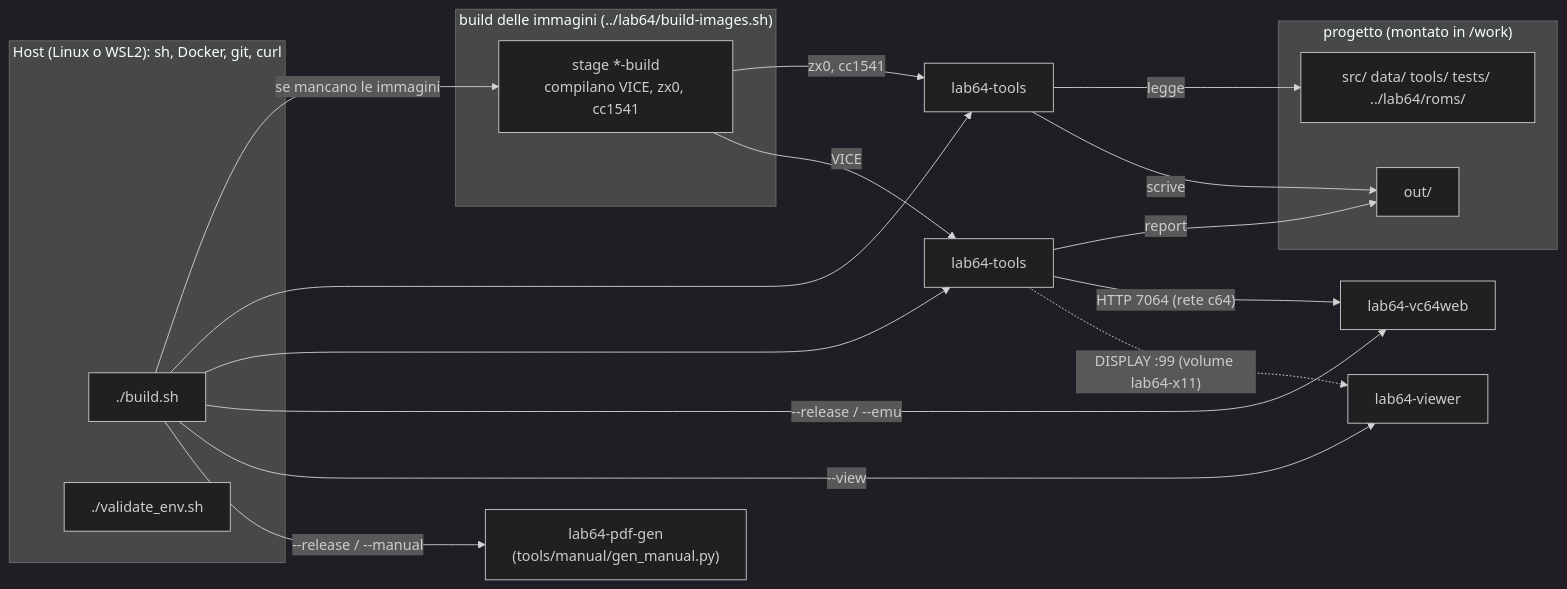
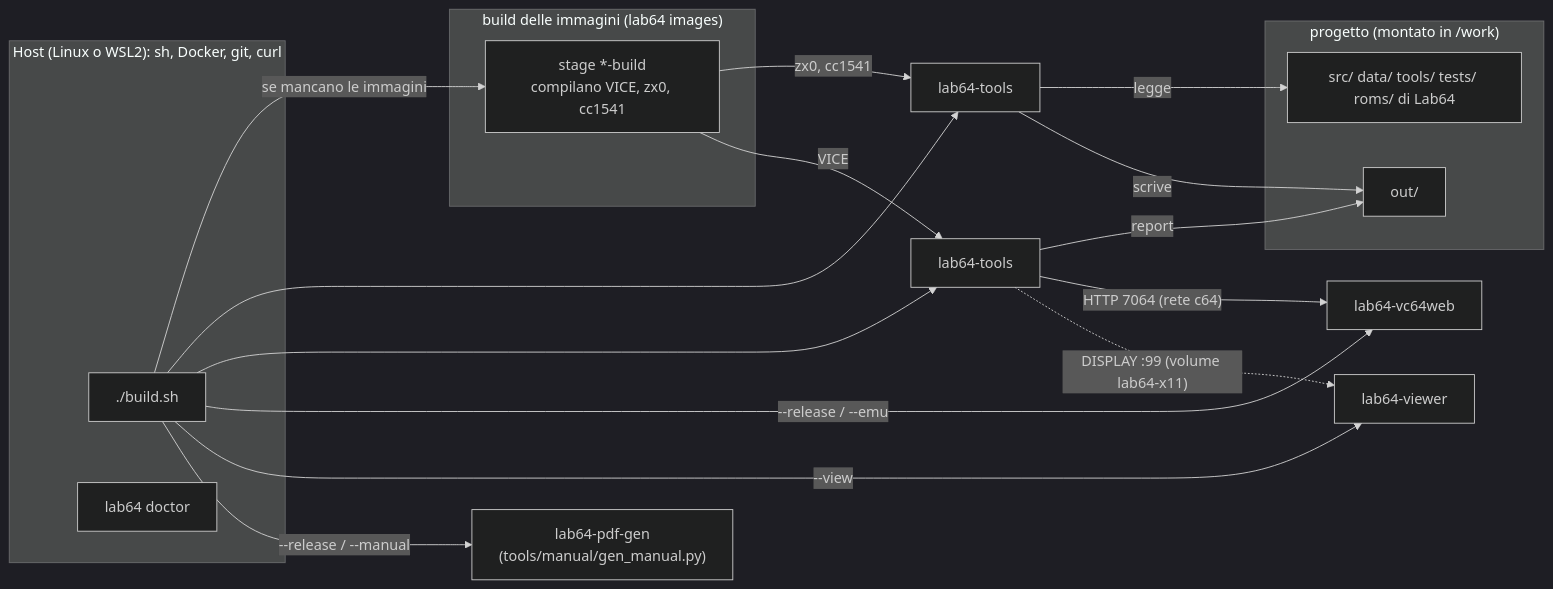
The first of 3 diagrams in docs/getting-started.md (caporalesimone/barbarian-the-blood-path), drawn with Mermaid (dark theme) before and after one commit. The commit also changed other lines of this file and 78 other files, not shown here.

````diff
--- a/docs/getting-started.md
+++ b/docs/getting-started.md
@@ -74,27 +77,27 @@
 ```mermaid
 flowchart LR
   subgraph host["Host (Linux o WSL2): sh, Docker, git, curl"]
     B["./build.sh"]
-    V["./validate_env.sh"]
+    V["lab64 doctor"]
   end
-  subgraph img["build delle immagini (../lab64/build-images.sh)"]
+  subgraph img["build delle immagini (lab64 images)"]
     TB["stage *-build<br/>compilano VICE, zx0, cc1541"]
   end
   subgraph proj["progetto (montato in /work)"]
-    SRC["src/ data/ tools/ tests/ ../lab64/roms/"]
+    SRC["src/ data/ tools/ tests/ roms/ di Lab64"]
     OUT["out/"]
   end
   B -->|"se mancano le immagini"| TB
   TB -->|"zx0, cc1541"| BL
   TB -->|"VICE"| EV
   B --> BL["lab64-tools"]
   B --> EV["lab64-tools"]
   B -->|"--release / --emu"| EW["lab64-vc64web"]
   B -->|"--view"| VW["lab64-viewer"]
   B -->|"--release / --manual"| MA["lab64-pdf-gen<br/>(tools/manual/gen_manual.py)"]
   BL -->|"legge"| SRC
   BL -->|"scrive"| OUT
   EV -->|"report"| OUT
   EV -->|"HTTP 7064 (rete c64)"| EW
   EV -.->|"DISPLAY :99 (volume lab64-x11)"| VW
 ```
````
